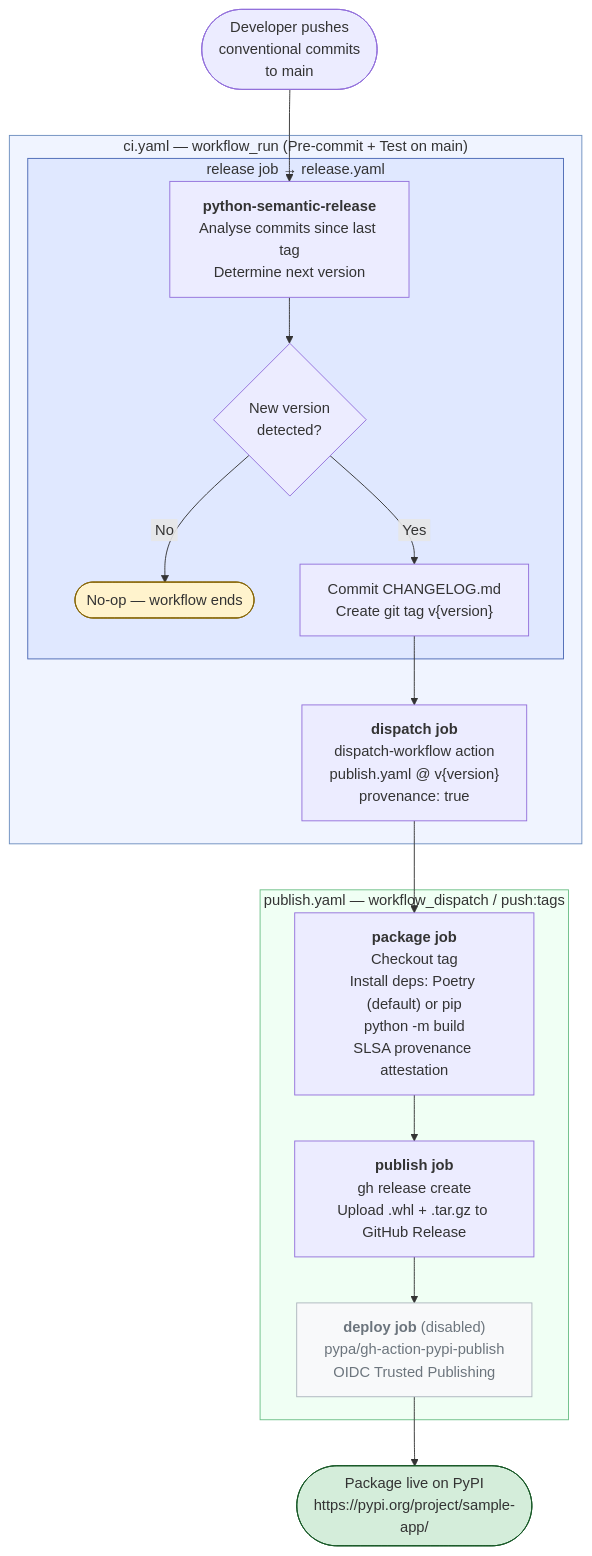
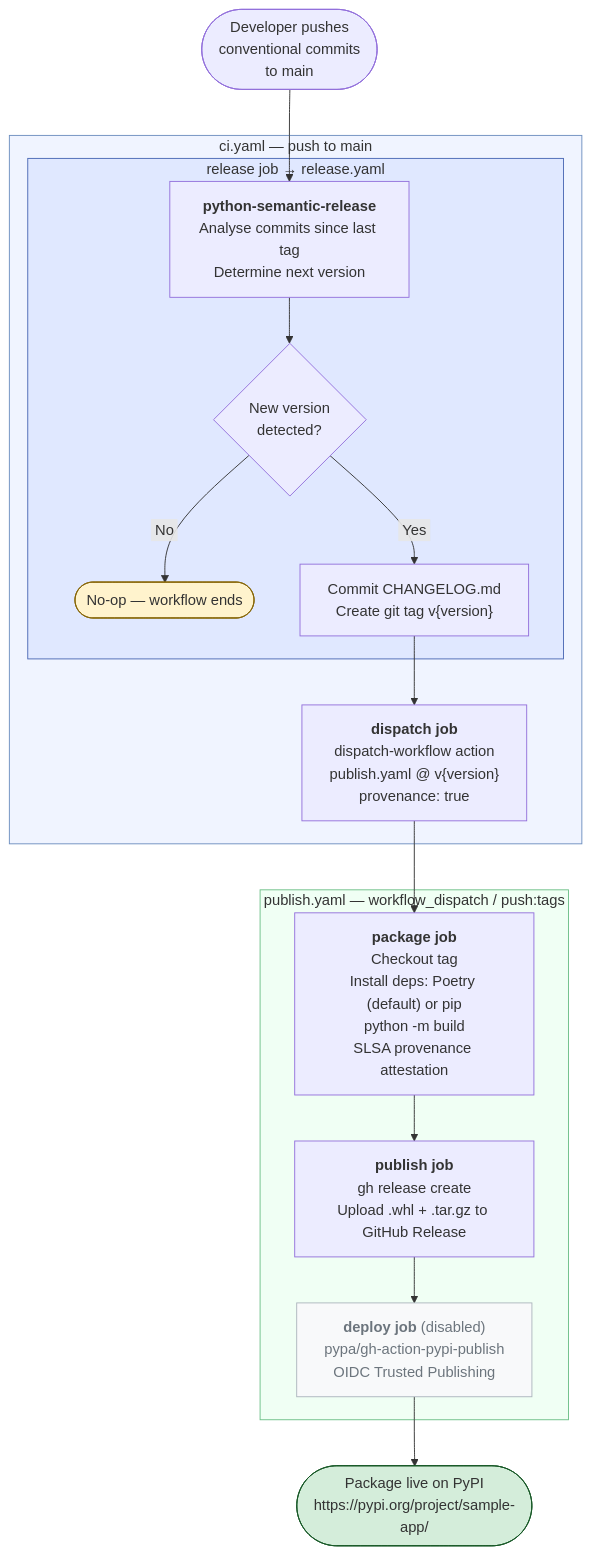
The diagram in README.md (stairwaytowonderland/python-reusable-workflows), drawn with Mermaid before and after one commit. The commit also changed other lines of this file, not shown here.

````diff
--- a/README.md
+++ b/README.md
@@ -64,30 +65,30 @@
 ```mermaid
 flowchart TD
     A([Developer pushes<br>conventional commits<br>to main]) --> PSR
 
-    subgraph CI ["ci.yaml — workflow_run (Pre-commit + Test on main)"]
+    subgraph CI ["ci.yaml — push to main"]
         subgraph R ["release job → release.yaml"]
             PSR["<b>python-semantic-release</b><br>Analyse commits since last tag<br>Determine next version"] --> C{New version<br>detected?}
             C -- "&nbsp;No&nbsp;" --> Z([No-op — workflow ends])
             C -- "&nbsp;Yes&nbsp;" --> D["Commit CHANGELOG.md<br>Create git tag v{version}"]
         end
 
         D --> DISPATCH["<b>dispatch job</b><br>dispatch-workflow action<br>publish.yaml @ v{version}<br>provenance: true"]
     end
 
     subgraph P ["publish.yaml — workflow_dispatch / push:tags"]
         E["<b>package job</b><br>Checkout tag<br>Install deps: Poetry (default) or pip<br>python -m build<br>SLSA provenance attestation"]
         E --> F["<b>publish job</b><br>gh release create<br>Upload .whl + .tar.gz to GitHub Release"]
         F --> G["<b>deploy job</b> (disabled)<br>pypa/gh-action-pypi-publish<br>OIDC Trusted Publishing"]
     end
 
     DISPATCH --> E
     G --> H([Package live on PyPI<br>https://pypi.org/project/sample-app/])
 
     style CI fill:#f0f4ff,stroke:#6c8ebf
     style R fill:#e0e8ff,stroke:#4a68b4
     style P fill:#f0fff4,stroke:#6cbf87
     style Z fill:#fff3cd,stroke:#856404
     style H fill:#d4edda,stroke:#155724
     style G fill:#f8f9fa,stroke:#adb5bd,color:#6c757d
 ```
````
